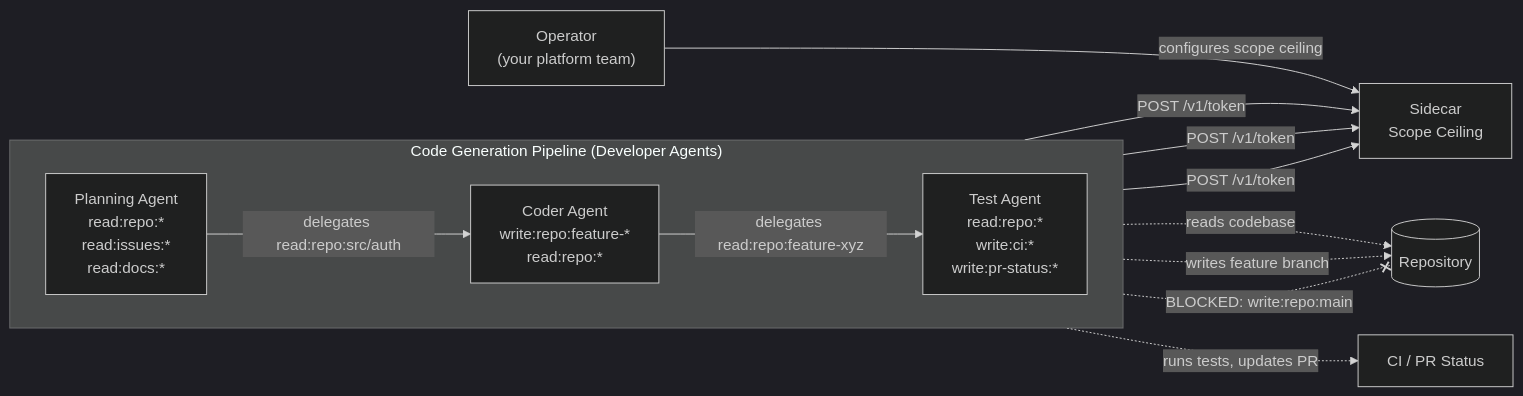
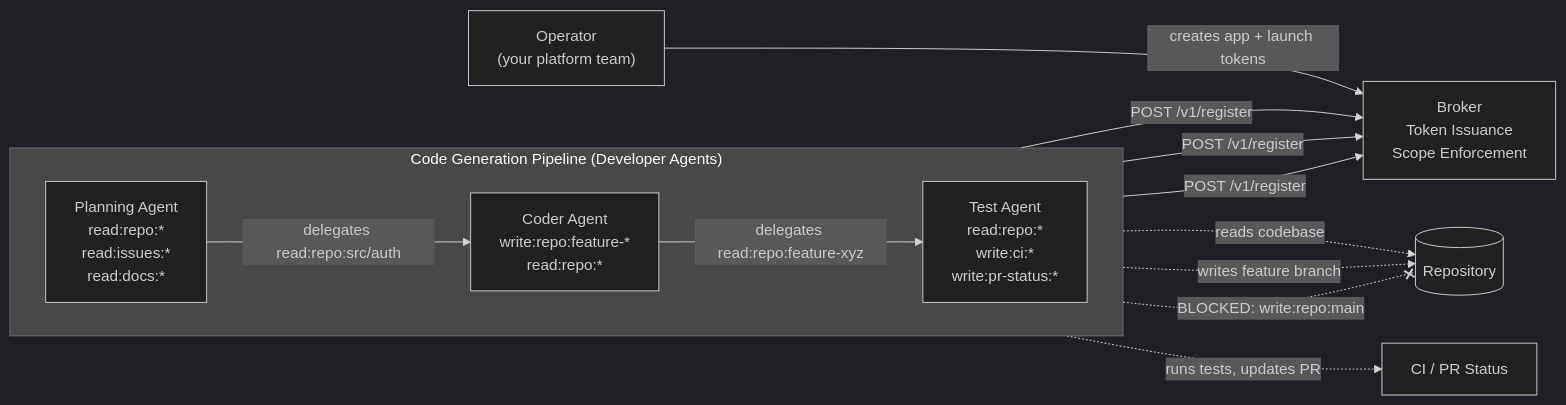
Before and after one commit to devonartis/agentwrit: the diagram in docs/examples/code-generation.md, drawn with Mermaid (dark theme). The commit also changed other lines of this file and 21 other files, not shown here.

First line of the commit message:
docs: complete documentation overhaul — remove all sidecar references, align with code

````diff
--- a/docs/examples/code-generation.md
+++ b/docs/examples/code-generation.md
@@ -17,23 +17,23 @@
 ```mermaid
 flowchart LR
     Operator["Operator<br/>(your platform team)"]
-    SC["Sidecar<br/>Scope Ceiling"]
+    Broker["Broker<br/>Token Issuance<br/>Scope Enforcement"]
 
     subgraph pipeline["Code Generation Pipeline (Developer Agents)"]
         direction LR
         Plan["Planning Agent<br/>read:repo:*<br/>read:issues:*<br/>read:docs:*"]
         Code["Coder Agent<br/>write:repo:feature-*<br/>read:repo:*"]
         Test["Test Agent<br/>read:repo:*<br/>write:ci:*<br/>write:pr-status:*"]
     end
 
-    Operator -->|"configures scope ceiling"| SC
-    Plan & Code & Test -->|"POST /v1/token"| SC
+    Operator -->|"creates app + launch tokens"| Broker
+    Plan & Code & Test -->|"POST /v1/register"| Broker
 
     Plan -->|"delegates read:repo:src/auth"| Code
     Code -->|"delegates read:repo:feature-xyz"| Test
 
     Plan -.->|"reads codebase"| Repo[(Repository)]
     Code -.->|"writes feature branch"| Repo
     Code -.-x|"BLOCKED: write:repo:main"| Repo
     Test -.->|"runs tests, updates PR"| CI[CI / PR Status]
 ```
````
